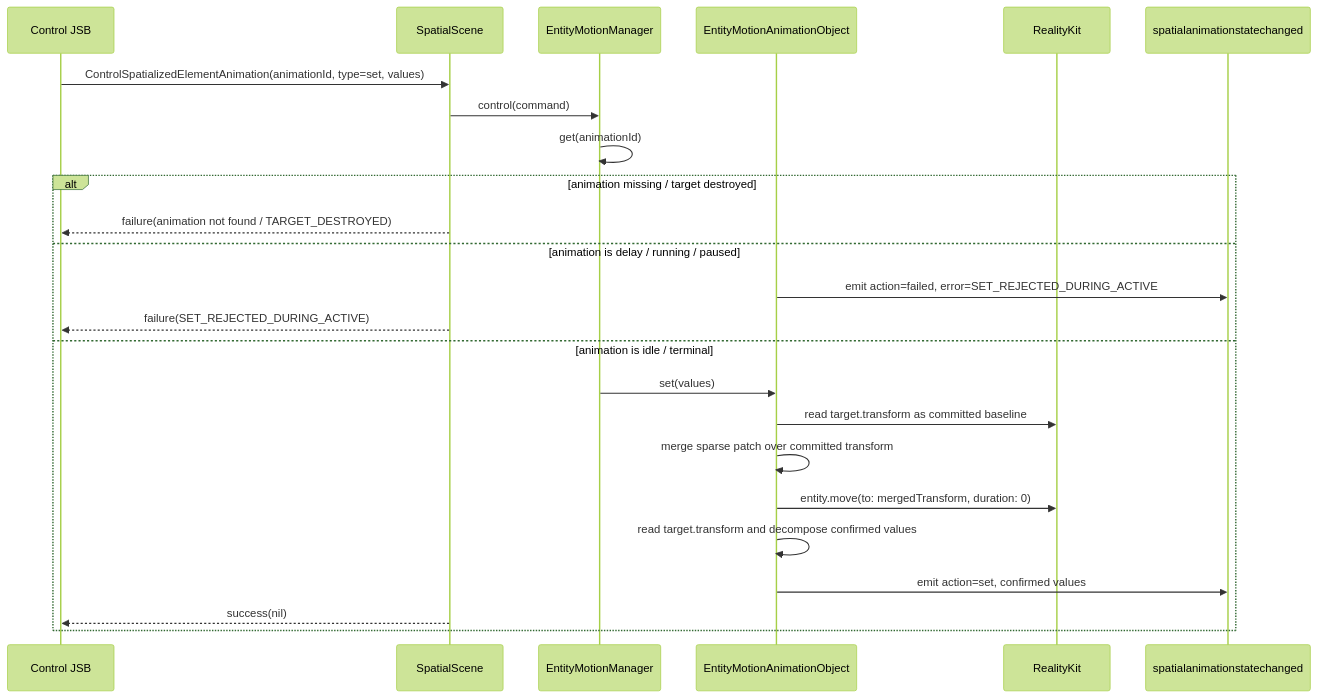
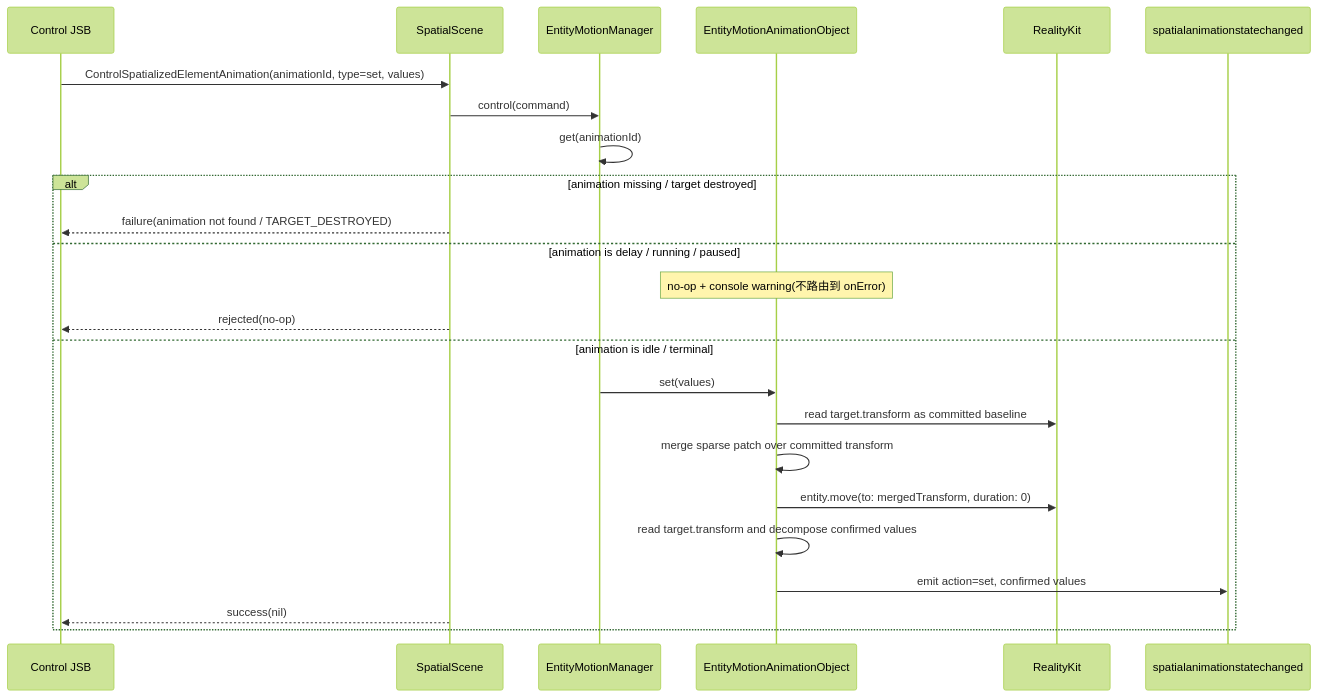
Before and after one commit to webspatial/webspatial-sdk: diagram 11 of 11 in openspec/changes/redesign-entity-motion-api/design.zh.md, drawn with Mermaid (forest theme). The commit also changed other lines of this file and 10 other files, not shown here.

````diff
--- a/openspec/changes/redesign-entity-motion-api/design.zh.md
+++ b/openspec/changes/redesign-entity-motion-api/design.zh.md
@@ -788,27 +786,27 @@
 ```mermaid
 sequenceDiagram
     participant JSB as Control JSB
     participant Scene as SpatialScene
     participant Manager as EntityMotionManager
     participant Obj as EntityMotionAnimationObject
     participant RK as RealityKit
     participant Event as spatialanimationstatechanged
 
     JSB->>Scene: ControlSpatializedElementAnimation(animationId, type=set, values)
     Scene->>Manager: control(command)
     Manager->>Manager: get(animationId)
     alt animation missing / target destroyed
         Scene-->>JSB: failure(animation not found / TARGET_DESTROYED)
     else animation is delay / running / paused
-        Obj->>Event: emit action=failed, error=SET_REJECTED_DURING_ACTIVE
-        Scene-->>JSB: failure(SET_REJECTED_DURING_ACTIVE)
+        Note over Obj: no-op + console warning(不路由到 onError)
+        Scene-->>JSB: rejected(no-op)
     else animation is idle / terminal
         Manager->>Obj: set(values)
         Obj->>RK: read target.transform as committed baseline
         Obj->>Obj: merge sparse patch over committed transform
         Obj->>RK: entity.move(to: mergedTransform, duration: 0)
         Obj->>Obj: read target.transform and decompose confirmed values
         Obj->>Event: emit action=set, confirmed values
         Scene-->>JSB: success(nil)
     end
 ```
````
